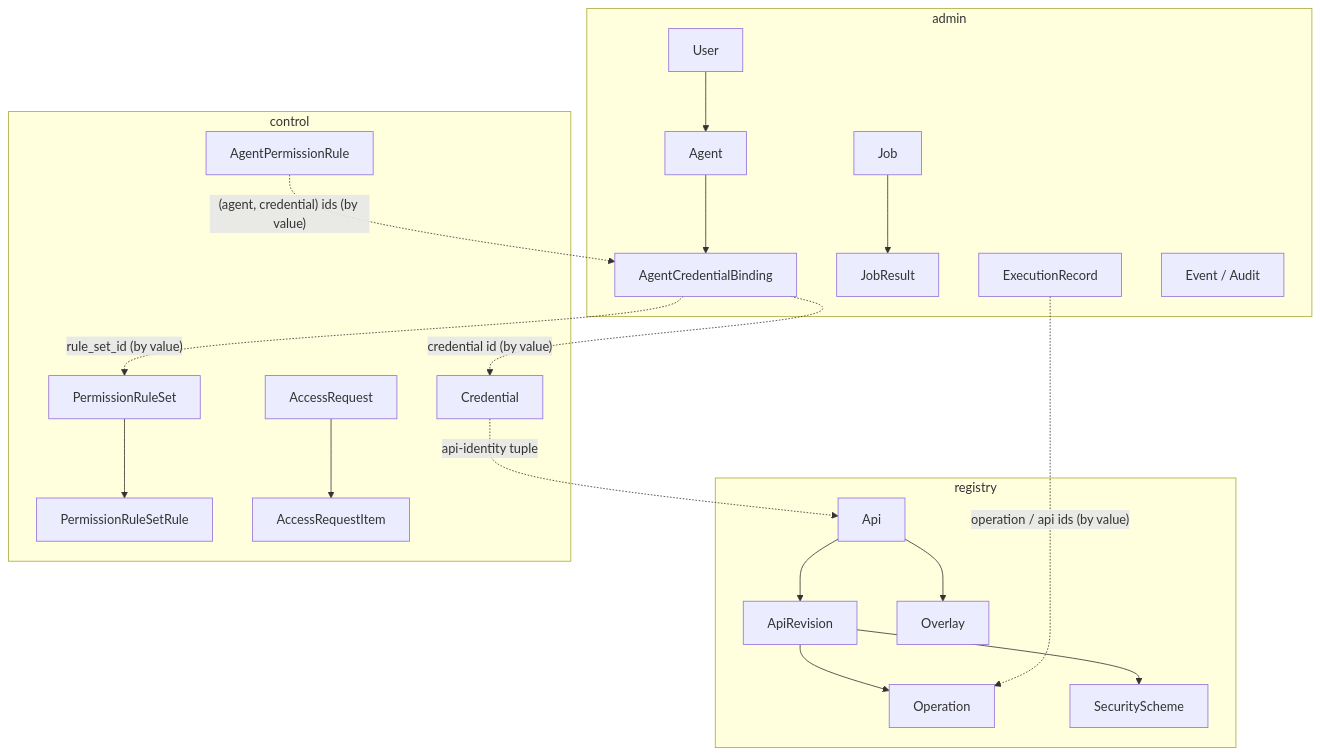
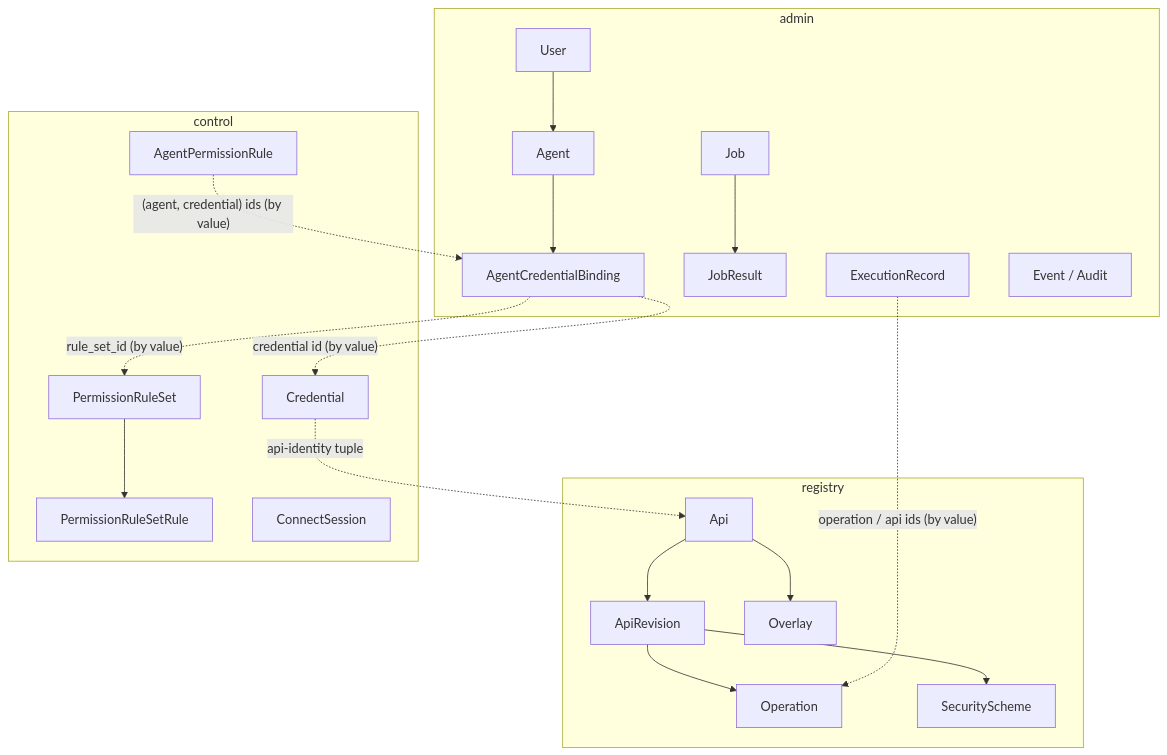
One commit to jentic/jentic-one changed the diagram in docs/architecture/data-model.md. Above: the diagram before and after it, drawn with Mermaid. The commit also changed other lines of this file and 13 other files, not shown here.

````diff
--- a/docs/architecture/data-model.md
+++ b/docs/architecture/data-model.md
@@ -35,30 +35,30 @@
 ```mermaid
 flowchart TB
     subgraph rdb [registry]
         Api --> ApiRevision
         ApiRevision --> Operation
         ApiRevision --> SecurityScheme
         Api --> Overlay
     end
 
     subgraph cdb [control]
         Credential
         RuleSet["PermissionRuleSet"] --> RuleSetRule["PermissionRuleSetRule"]
         AgentPermissionRule
-        AccessRequest --> AccessRequestItem
+        ConnectSession
     end
 
     subgraph adb [admin]
         User --> Agent
         Agent --> AgentCredentialBinding
         Job --> JobResult
         ExecutionRecord
         Events["Event / Audit"]
     end
 
     Credential -. "api-identity tuple" .-> Api
     AgentCredentialBinding -. "credential id (by value)" .-> Credential
     AgentCredentialBinding -. "rule_set_id (by value)" .-> RuleSet
     AgentPermissionRule -. "(agent, credential) ids (by value)" .-> AgentCredentialBinding
     ExecutionRecord -. "operation / api ids (by value)" .-> Operation
 ```
````
